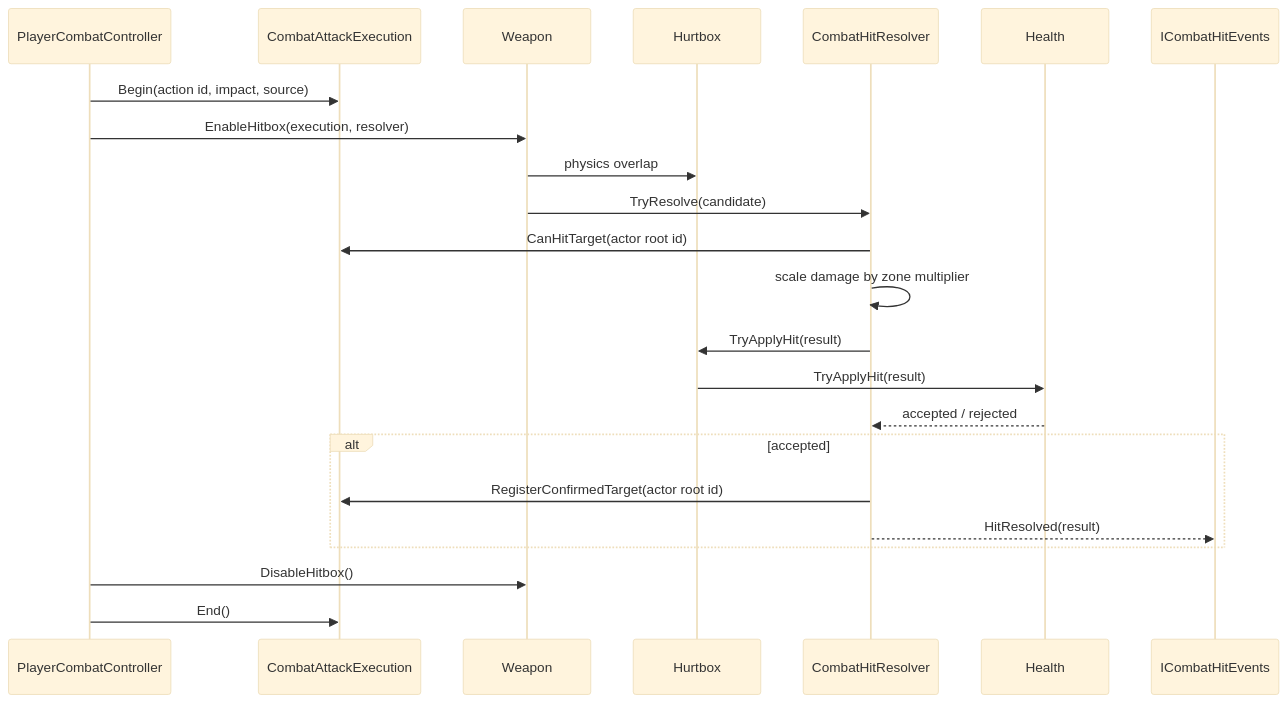
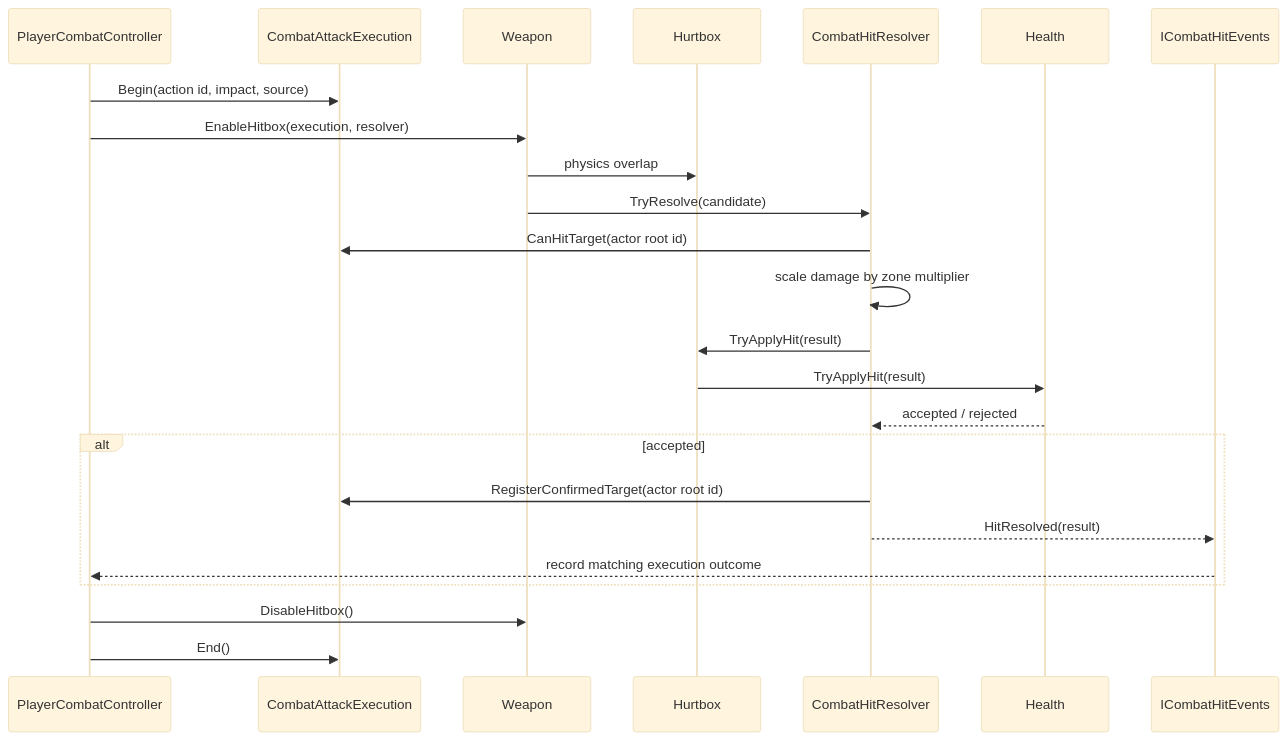
One commit to MaximFonariuc/project-s changed the second of 2 diagrams in Docs/Architecture/Combat.HitResolution.md. Above: the diagram before and after it, drawn with Mermaid (base theme). The commit also changed other lines of this file and 10 other files, not shown here.

Commit message:
feat(combat): gate transitions by action outcome

````diff
--- a/Docs/Architecture/Combat.HitResolution.md
+++ b/Docs/Architecture/Combat.HitResolution.md
@@ -113,26 +113,27 @@
 ```mermaid
 sequenceDiagram
     participant Combat as PlayerCombatController
     participant Execution as CombatAttackExecution
     participant Weapon
     participant Hurtbox
     participant Resolver as CombatHitResolver
     participant Health
     participant Events as ICombatHitEvents
 
     Combat->>Execution: Begin(action id, impact, source)
     Combat->>Weapon: EnableHitbox(execution, resolver)
     Weapon->>Hurtbox: physics overlap
     Weapon->>Resolver: TryResolve(candidate)
     Resolver->>Execution: CanHitTarget(actor root id)
     Resolver->>Resolver: scale damage by zone multiplier
     Resolver->>Hurtbox: TryApplyHit(result)
     Hurtbox->>Health: TryApplyHit(result)
     Health-->>Resolver: accepted / rejected
     alt accepted
         Resolver->>Execution: RegisterConfirmedTarget(actor root id)
         Resolver-->>Events: HitResolved(result)
+        Events-->>Combat: record matching execution outcome
     end
     Combat->>Weapon: DisableHitbox()
     Combat->>Execution: End()
 ```
````
